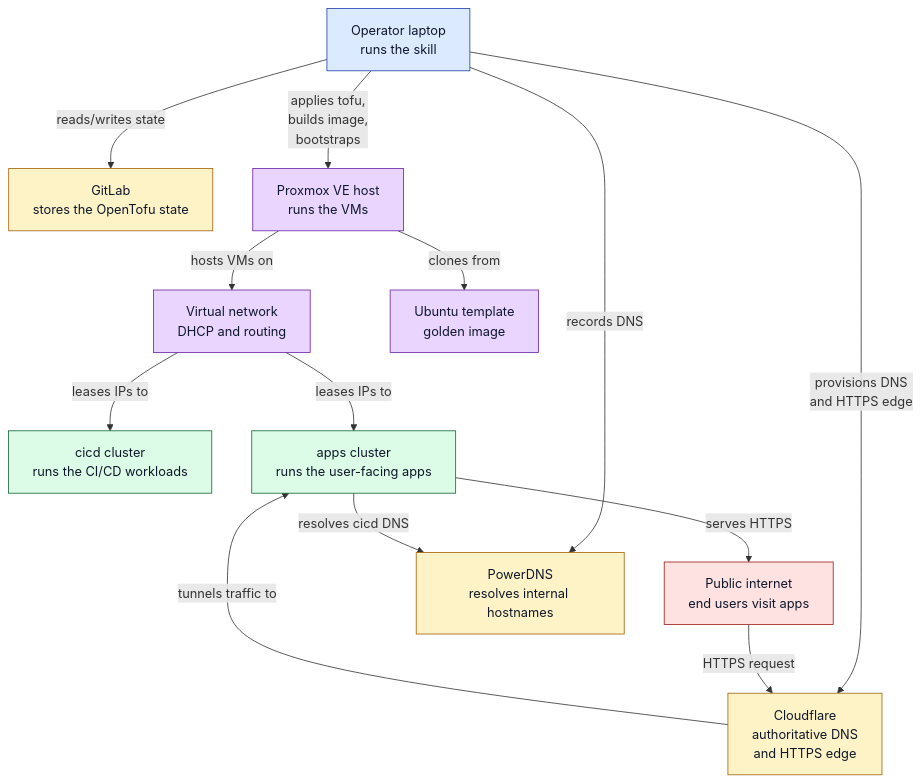
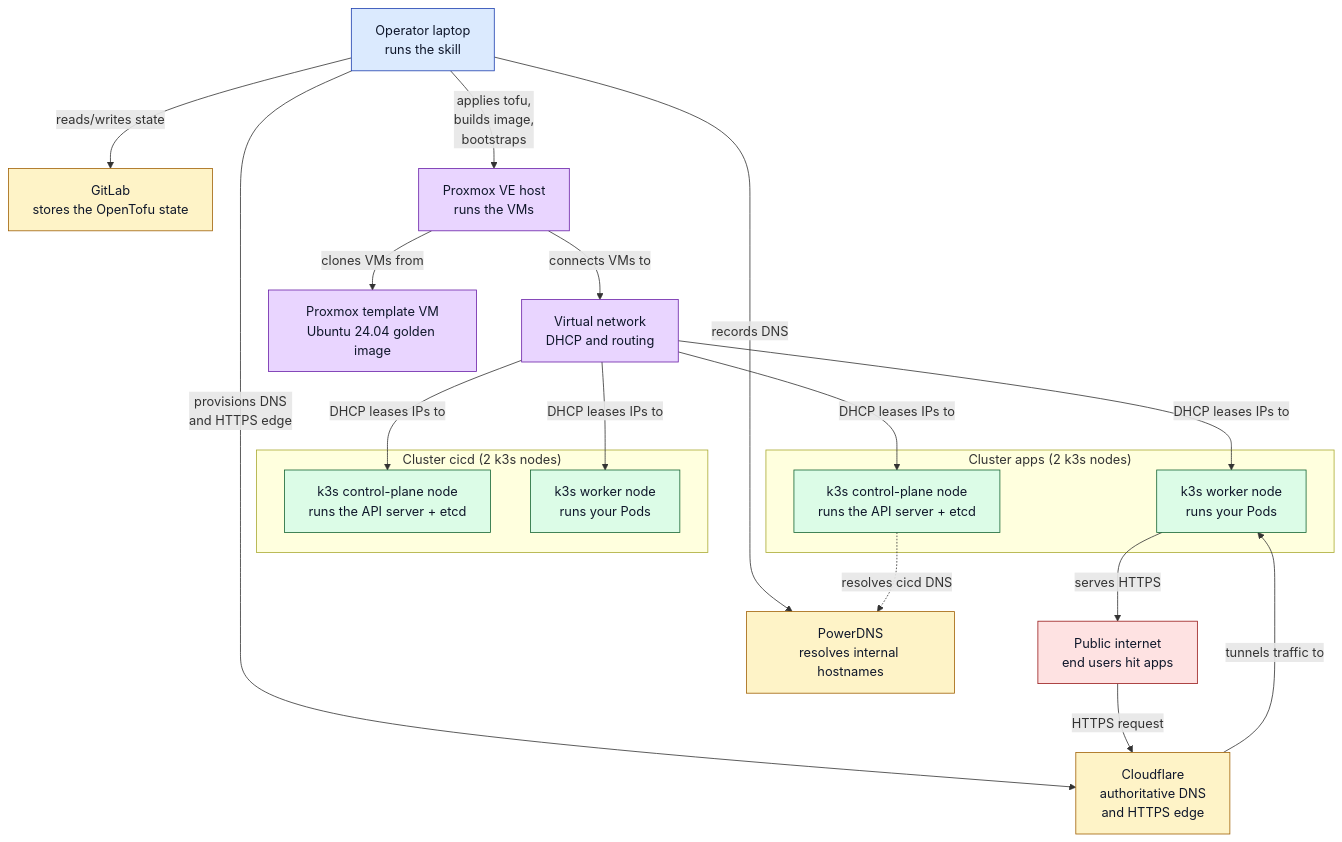
One commit to bruj0/proxmox-k8s-cicd changed the diagram in README.md. Above: the diagram before and after it, drawn with Mermaid.

Commit message:
docs(readme): use Proxmox + k8s vocabulary in architecture diagram
Restructure the end-to-end diagram around concepts the reader already
knows from Proxmox and k8s, instead of pipeline-internal labels
("apps cluster" was a project-local name that meant nothing to a
Proxmox user).

Vocabulary now used:

  - Proxmox VE host, Proxmox template VM, virtual network, DHCP
    leases IPs to ...   (Proxmox-native)
  - k3s control-plane node (runs the API server + etcd)
    k3s worker node (runs your Pods)                  (k8s-native)
  - Cluster cicd / Cluster apps are now subgroup titles
    grouping the 2 k3s nodes each

Flow becomes: Operator -> Proxmox VE host -> (clones template,
connects to virtual network) -> k3s nodes (DHCP-leased IPs) ->
served over the internet via Cloudflare. Apps control-plane node
resolves cicd DNS via PowerDNS (cross-cluster lookup).

Validated with mmdc (54 KB transparent PNG, clean render from the
actual README.md content).

````diff
--- a/README.md
+++ b/README.md
@@ -8,41 +8,51 @@
 ```mermaid
 flowchart TB
   Operator["Operator laptop<br/>runs the skill"]
-  Internet["Public internet<br/>end users visit apps"]
+  Internet["Public internet<br/>end users hit apps"]
   CF["Cloudflare<br/>authoritative DNS<br/>and HTTPS edge"]
   GitLab["GitLab<br/>stores the OpenTofu state"]
   PDNS["PowerDNS<br/>resolves internal hostnames"]
   PVE["Proxmox VE host<br/>runs the VMs"]
   SDN["Virtual network<br/>DHCP and routing"]
-  Template["Ubuntu template<br/>golden image"]
-  Cicd["cicd cluster<br/>runs the CI/CD workloads"]
-  Apps["apps cluster<br/>runs the user-facing apps"]
+  Template["Proxmox template VM<br/>Ubuntu 24.04 golden image"]
+
+  subgraph CICD["Cluster cicd (2 k3s nodes)"]
+    CicdCp["k3s control-plane node<br/>runs the API server + etcd"]
+    CicdW["k3s worker node<br/>runs your Pods"]
+  end
+
+  subgraph APPS["Cluster apps (2 k3s nodes)"]
+    AppsCp["k3s control-plane node<br/>runs the API server + etcd"]
+    AppsW["k3s worker node<br/>runs your Pods"]
+  end
 
   Operator -->|"applies tofu,<br/>builds image,<br/>bootstraps"| PVE
   Operator -->|"reads/writes state"| GitLab
   Operator -->|"records DNS"| PDNS
   Operator -->|"provisions DNS<br/>and HTTPS edge"| CF
 
-  PVE -->|"clones from"| Template
-  PVE -->|"hosts VMs on"| SDN
-  SDN -->|"leases IPs to"| Cicd
-  SDN -->|"leases IPs to"| Apps
+  PVE -->|"clones VMs from"| Template
+  PVE -->|"connects VMs to"| SDN
+  SDN -->|"DHCP leases IPs to"| CicdCp
+  SDN -->|"DHCP leases IPs to"| CicdW
+  SDN -->|"DHCP leases IPs to"| AppsCp
+  SDN -->|"DHCP leases IPs to"| AppsW
 
-  Apps -->|"resolves cicd DNS"| PDNS
+  AppsCp -. "resolves cicd DNS" .-> PDNS
 
-  Apps -->|"serves HTTPS"| Internet
-  CF -->|"tunnels traffic to"| Apps
+  AppsW -->|"serves HTTPS"| Internet
+  CF -->|"tunnels traffic to"| AppsW
   Internet -->|"HTTPS request"| CF
 
   classDef operator fill:#dbeafe,stroke:#1e40af,color:#0f172a
   classDef external fill:#fef3c7,stroke:#a16207,color:#0f172a
   classDef pve fill:#e9d5ff,stroke:#6b21a8,color:#0f172a
-  classDef cluster fill:#dcfce7,stroke:#166534,color:#0f172a
+  classDef cp fill:#dcfce7,stroke:#166534,color:#0f172a
   classDef internet fill:#fee2e2,stroke:#991b1b,color:#0f172a
 
   class Operator operator
   class CF,GitLab,PDNS external
   class PVE,SDN,Template pve
-  class Cicd,Apps cluster
+  class CicdCp,CicdW,AppsCp,AppsW cp
   class Internet internet
 ```
````
